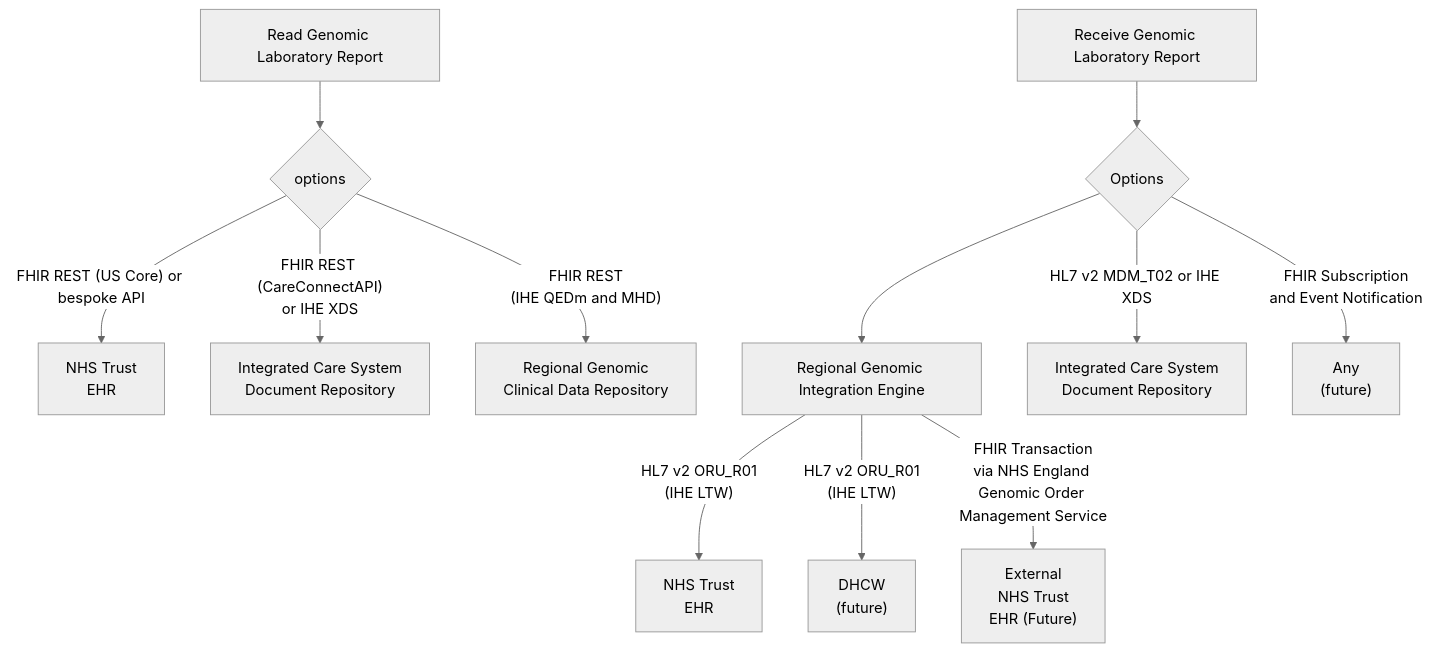
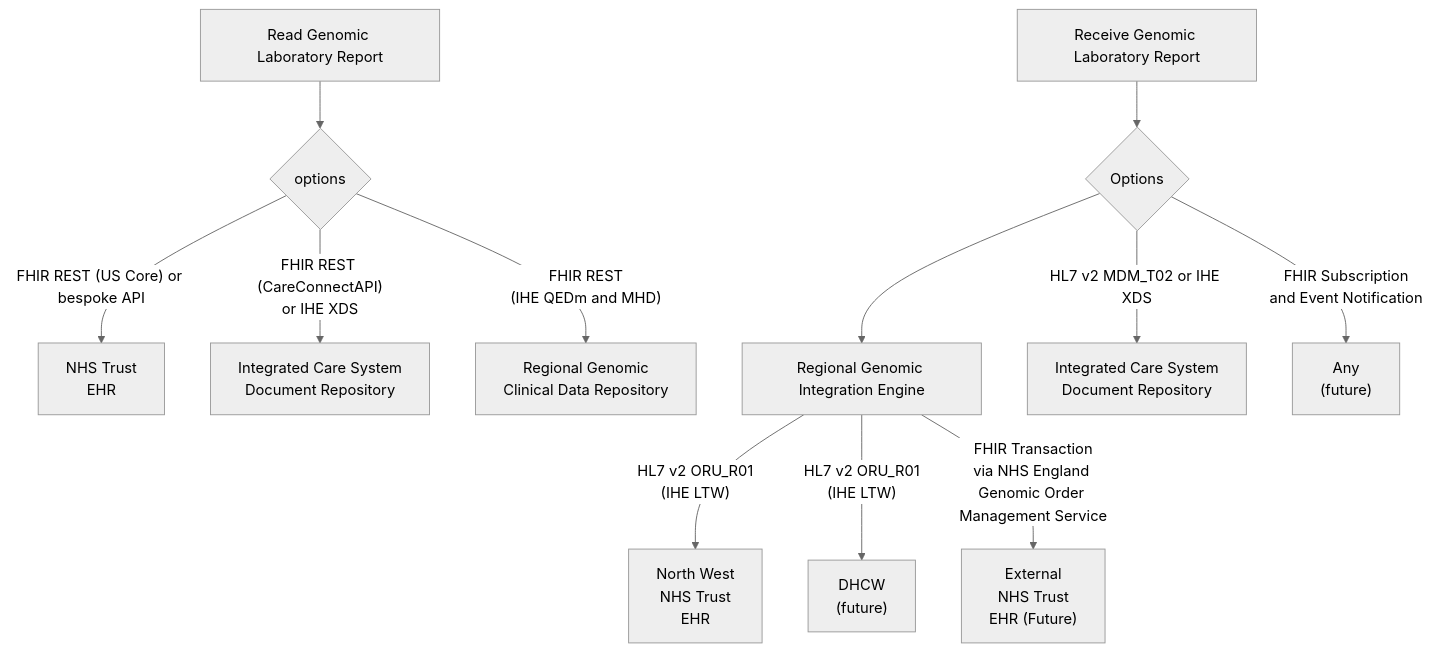
Before and after one commit to uk-gov-mirror/nw-gmsa.nw-gmsa.github.com: the second of 3 diagrams in input/pagecontent/index.md, drawn with Mermaid (neutral theme).

Commit message:
Genomic Test Order and Report Example Scenario

````diff
--- a/input/pagecontent/index.md
+++ b/input/pagecontent/index.md
@@ -61,15 +61,15 @@
 ```mermaid
 graph TD;
     Read[Read Genomic Laboratory Report]-->O
     O{options} --> |"FHIR REST (US Core) or bespoke API"| EHR[NHS Trust<br/>EHR] 
     O --> |"FHIR REST (CareConnectAPI)<br/>or IHE XDS"| ICS[Integrated Care System <br/> Document Repository]
     O --> |"FHIR REST<br/>(IHE QEDm and MHD)"| CDR[Regional Genomic<br/> Clinical Data Repository]
 
     Receive[Receive Genomic Laboratory Report] --> OR{Options}
     OR --> RIE[Regional Genomic Integration Engine] 
-    RIE--> |"HL7 v2 ORU_R01<br/>(IHE LTW)"| EHRTIE[NHS Trust<br/>EHR] 
+    RIE--> |"HL7 v2 ORU_R01<br/>(IHE LTW)"| EHRTIE[North West<br/>NHS Trust<br/>EHR] 
     RIE--> |"HL7 v2 ORU_R01<br/>(IHE LTW)"| BOARD["DHCW<br/>(future)"]
     RIE --> |"FHIR Transaction<br/>via NHS England Genomic Order Management Service"| GOMS["External<br/>NHS Trust<br/>EHR (Future)"] 
     OR --> |HL7 v2 MDM_T02 or IHE XDS| ICSTIE[Integrated Care System <br/> Document Repository]
     OR --> |FHIR Subscription <br/> and Event Notification| Any["Any <br/>(future)"]
 ```
````
